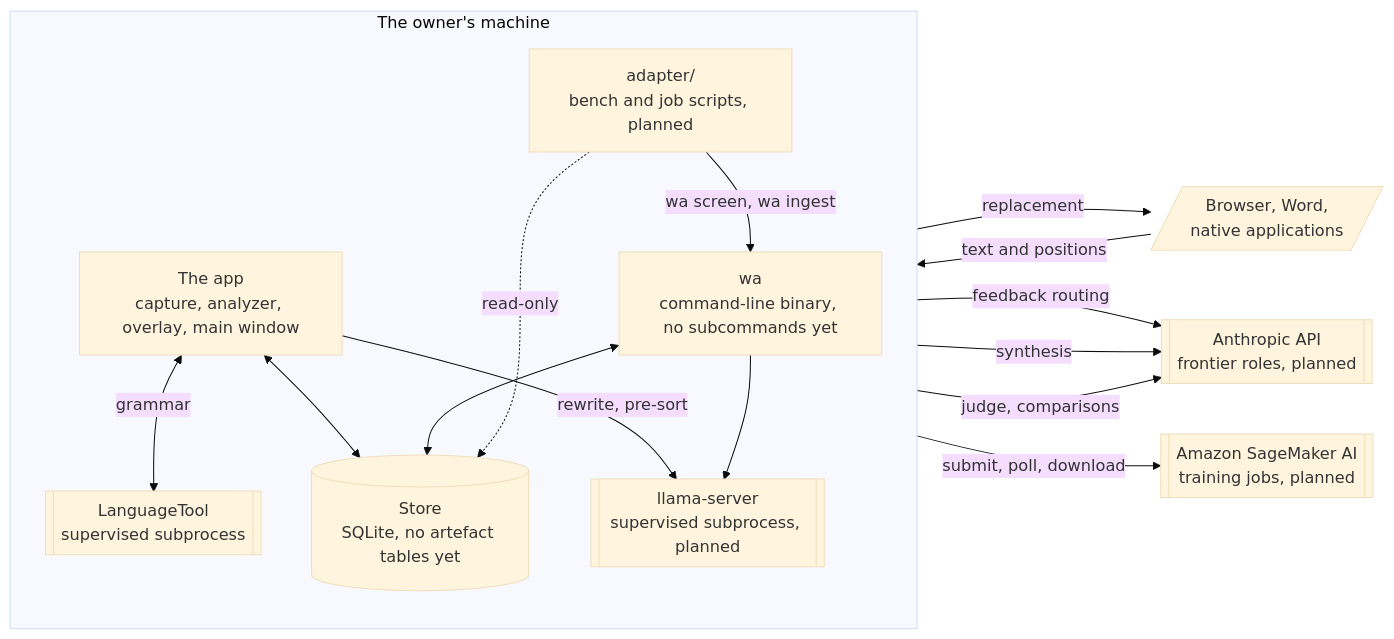
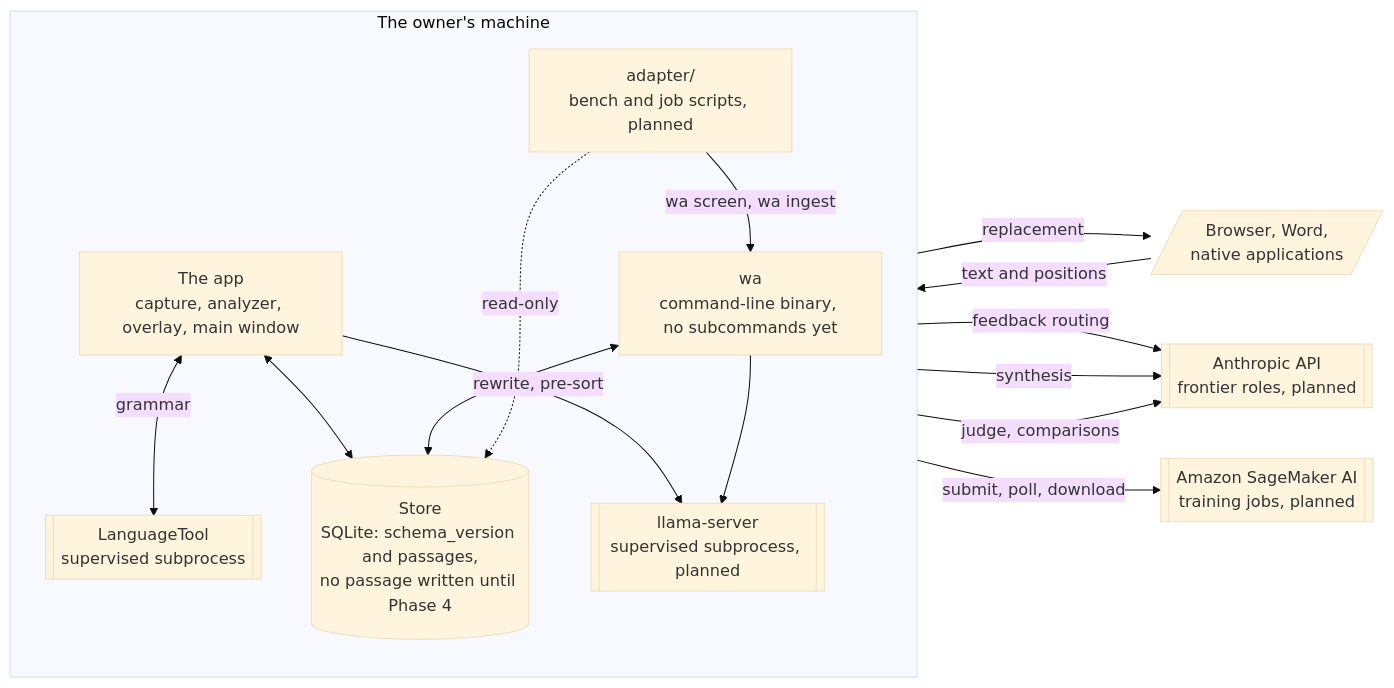
Before and after one commit to Bernice-Koh/writing-assistant: the third of 3 diagrams in README.md, drawn with Mermaid (base theme). The commit also changed other lines of this file and 2 other files, not shown here.

Commit message:
docs: state that the store holds schema_version and passages

````diff
--- a/README.md
+++ b/README.md
@@ -376,31 +376,31 @@
 ```mermaid
 flowchart LR
     Apps[/"Browser, Word,<br/>native applications"/]
 
     subgraph Machine["The owner's machine"]
         direction TB
         App["The app<br/>capture, analyzer, overlay, main window"]
         LT[["LanguageTool<br/>supervised subprocess"]]
-        Store[("Store<br/>SQLite, no artefact tables yet")]
+        Store[("Store<br/>SQLite: schema_version and passages,<br/>no passage written until Phase 4")]
         LS[["llama-server<br/>supervised subprocess, planned"]]
         WA["wa<br/>command-line binary, no subcommands yet"]
         Py["adapter/<br/>bench and job scripts, planned"]
     end
 
     Api[["Anthropic API<br/>frontier roles, planned"]]
     Sage[["Amazon SageMaker AI<br/>training jobs, planned"]]
 
     Apps -->|"text and positions"| App
     App -->|"replacement"| Apps
     App <-->|"grammar"| LT
     App <--> Store
     App -->|"rewrite, pre-sort"| LS
     WA <--> Store
     WA --> LS
     Py -->|"wa screen, wa ingest"| WA
     Py -.->|"read-only"| Store
     App -->|"feedback routing"| Api
     WA -->|"synthesis"| Api
     Py -->|"judge, comparisons"| Api
     Py -->|"submit, poll, download"| Sage
 ```
````
